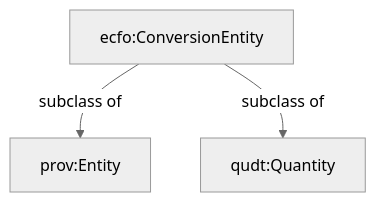
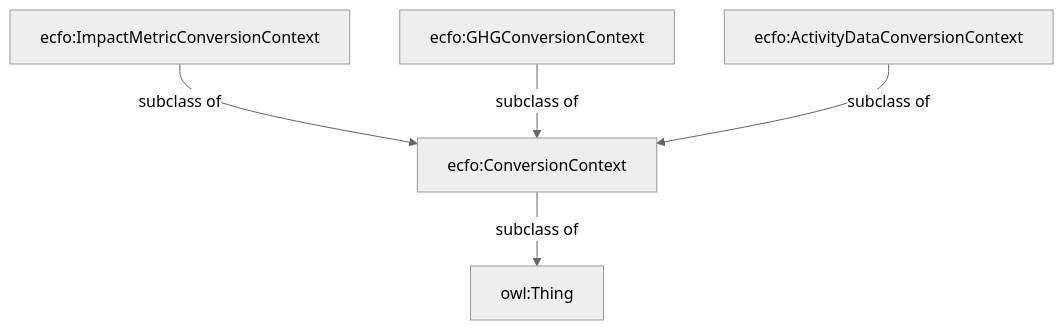
One commit to TEC-Toolkit/ECFO changed the first of 7 diagrams in development/doc.md. Above: the diagram before and after it, drawn with Mermaid (neutral theme). The commit also changed other lines of this file, not shown here.

````diff
--- a/development/doc.md
+++ b/development/doc.md
@@ -8,9 +7,13 @@
 ```mermaid
- graph TD
-    A[ecfo:ConversionEntity]
-    B[prov:Entity]
-    C[qudt:Quantity]
+graph TD
+TH[owl:Thing]  
+CC[ecfo:ConversionContext]
+    IM[ecfo:ImpactMetricConversionContext]
+    GC[ecfo:GHGConversionContext]
+    AC[ecfo:ActivityDataConversionContext]
 
-    A -->|subclass of| B
-    A -->|subclass of| C
+CC -- "subclass of" --> TH
+    IM -- "subclass of" --> CC
+    GC -- "subclass of" --> CC
+    AC -- "subclass of" --> CC
 ```
````
